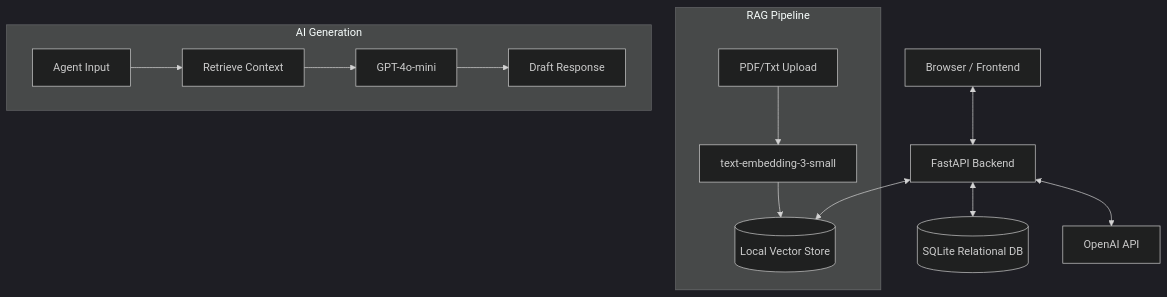
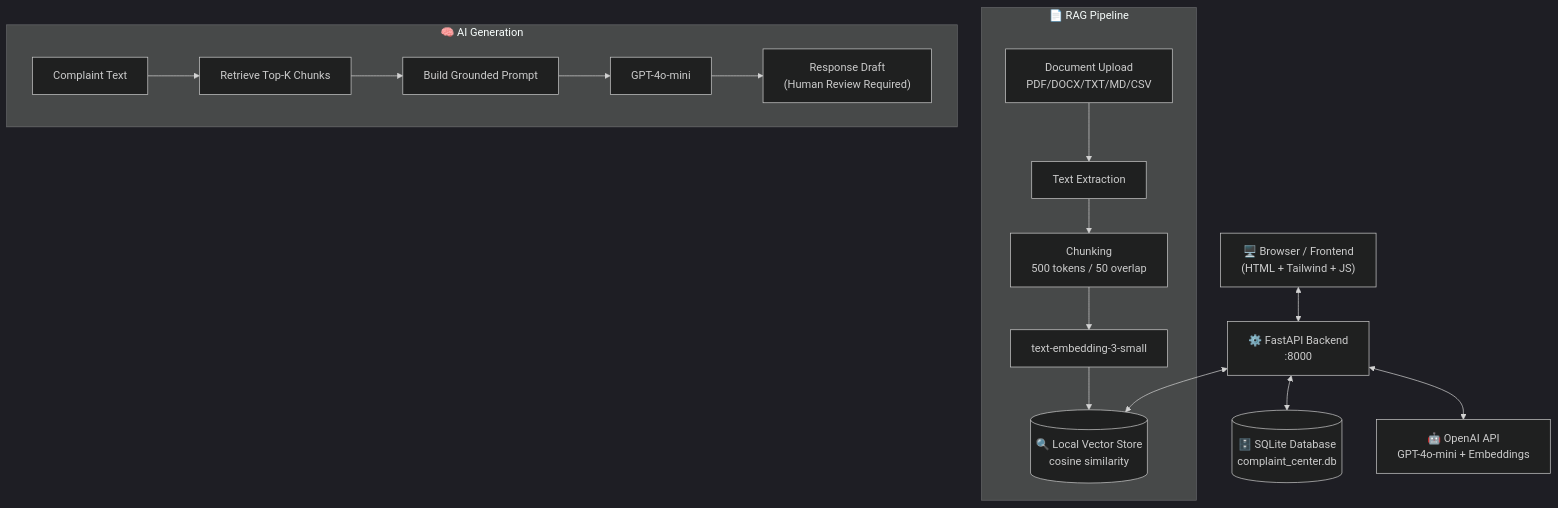
Before and after one commit to MaryamMumtaz-piaic/ai-customer-complaint-resolution-center: the diagram in README.md, drawn with Mermaid (dark theme). The commit also changed other lines of this file, not shown here.

Commit message:
docs: complete README rewrite with one-command setup, full file structure, API table, tech stack, pages list

````diff
--- a/README.md
+++ b/README.md
@@ -61,18 +161,21 @@
 ```mermaid
 graph TD
-    Client[Browser / Frontend] <--> API[FastAPI Backend]
-    API <--> DB[(SQLite Relational DB)]
-    API <--> VectorDB[(Local Vector Store)]
-    API <--> OpenAI[OpenAI API]
-    
-    subgraph RAG Pipeline
-    Docs[PDF/Txt Upload] --> Embeddings[text-embedding-3-small]
-    Embeddings --> VectorDB
+    Browser["🖥️ Browser / Frontend<br/>(HTML + Tailwind + JS)"] <--> API["⚙️ FastAPI Backend<br/>:8000"]
+    API <--> DB[("🗄️ SQLite Database<br/>complaint_center.db")]
+    API <--> VS[("🔍 Local Vector Store<br/>cosine similarity")]
+    API <--> OAI["🤖 OpenAI API<br/>GPT-4o-mini + Embeddings"]
+
+    subgraph RAG ["📄 RAG Pipeline"]
+        Upload["Document Upload<br/>PDF/DOCX/TXT/MD/CSV"] --> Extract["Text Extraction"]
+        Extract --> Chunk["Chunking<br/>500 tokens / 50 overlap"]
+        Chunk --> Embed["text-embedding-3-small"]
+        Embed --> VS
     end
-    
-    subgraph AI Generation
-    UserPrompt[Agent Input] --> Context[Retrieve Context]
-    Context --> GPT[GPT-4o-mini]
-    GPT --> Draft[Draft Response]
+
+    subgraph AI ["🧠 AI Generation"]
+        Complaint["Complaint Text"] --> Retrieve["Retrieve Top-K Chunks"]
+        Retrieve --> Prompt["Build Grounded Prompt"]
+        Prompt --> GPT["GPT-4o-mini"]
+        GPT --> Draft["Response Draft<br/>(Human Review Required)"]
     end
 ```
````
